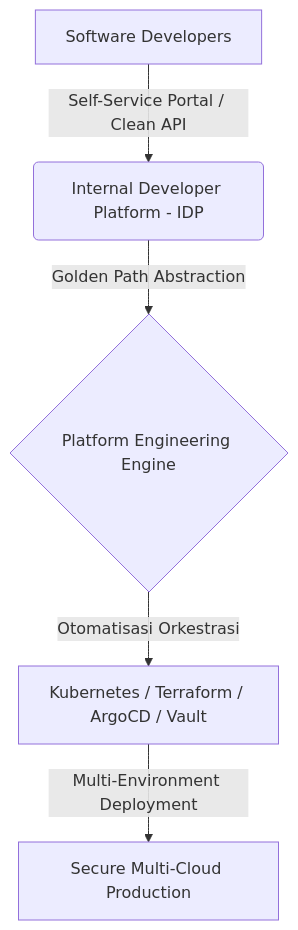
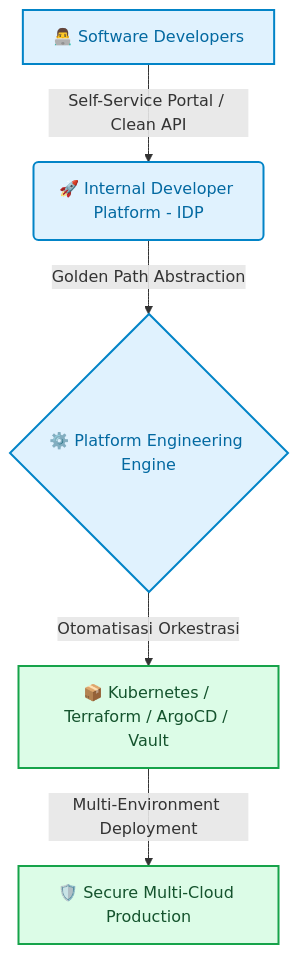
The second of 2 diagrams in _posts/2026-08-16-overload-tooling-devops-modern.md (abdul-zailani/abdul-zailani.github.io), drawn with Mermaid before and after one commit. The commit also changed other lines of this file and 12 other files, not shown here.

Commit message:
feat(diagrams): upgrade to mermaid v11 hand-drawn excalidraw style with macos window cards

````diff
--- a/_posts/2026-08-16-overload-tooling-devops-modern.md
+++ b/_posts/2026-08-16-overload-tooling-devops-modern.md
@@ -57,7 +60,13 @@
 ```mermaid
 graph TD
-    A[Software Developers] -->|Self-Service Portal / Clean API| B(Internal Developer Platform - IDP)
-    B -->|Golden Path Abstraction| C{Platform Engineering Engine}
-    C -->|Otomatisasi Orkestrasi| D[Kubernetes / Terraform / ArgoCD / Vault]
-    D -->|Multi-Environment Deployment| E[Secure Multi-Cloud Production]
+    A[👨‍💻 Software Developers] -->|Self-Service Portal / Clean API| B(🚀 Internal Developer Platform - IDP)
+    B -->|Golden Path Abstraction| C{⚙️ Platform Engineering Engine}
+    C -->|Otomatisasi Orkestrasi| D[📦 Kubernetes / Terraform / ArgoCD / Vault]
+    D -->|Multi-Environment Deployment| E[🛡️ Secure Multi-Cloud Production]
+
+    classDef primary fill:#E0F2FE,stroke:#0284C7,stroke-width:2px,color:#0369A1;
+    classDef success fill:#DCFCE7,stroke:#16A34A,stroke-width:2px,color:#14532D;
+
+    class A,B,C primary;
+    class D,E success;
 ```
````
